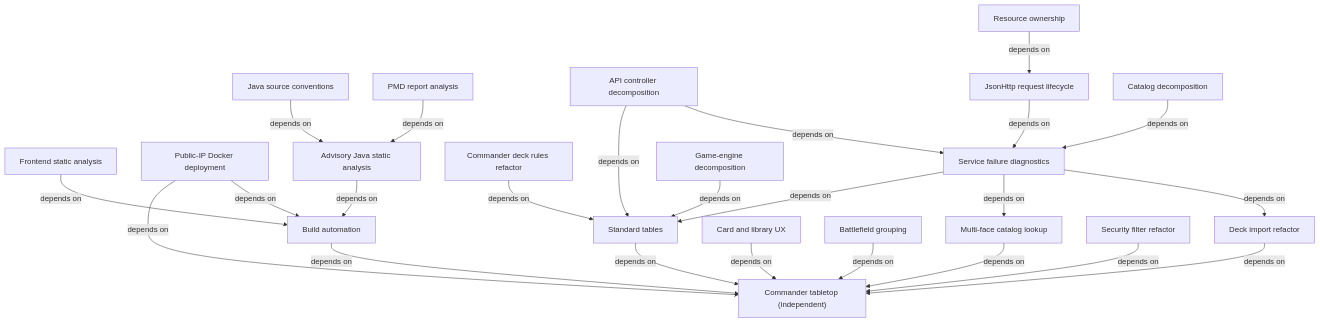
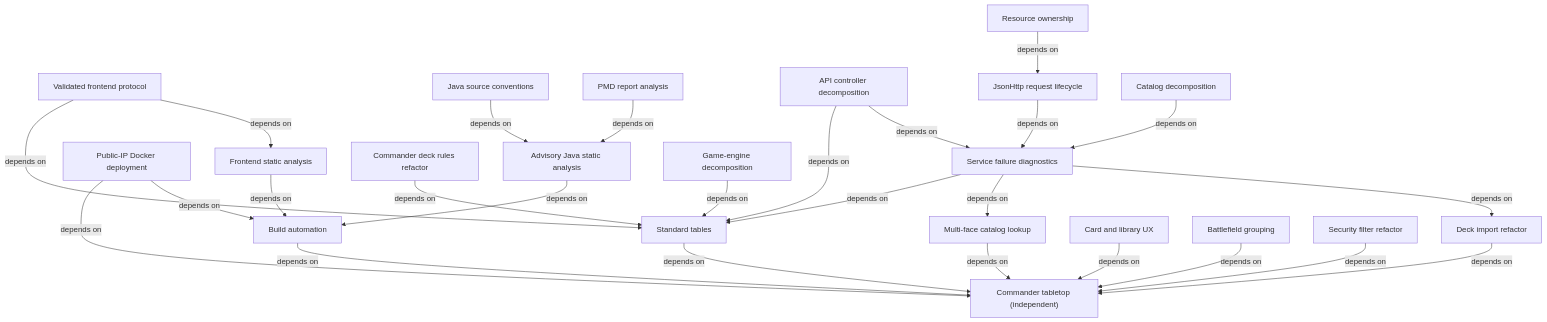
The diagram in spec/INDEX.md (gossagomez-new/mtgcmd), drawn with Mermaid before and after one commit. The commit also changed other lines of this file and 14 other files, not shown here.

````diff
--- a/spec/INDEX.md
+++ b/spec/INDEX.md
@@ -37,46 +41,49 @@
 ```mermaid
 flowchart TD
+    protocolboundary["Validated frontend protocol"]
+    protocolboundary -->|depends on| frontendanalysis
+    protocolboundary -->|depends on| standard
     frontendanalysis["Frontend static analysis"]
     frontendanalysis -->|depends on| build
     deployment["Public-IP Docker deployment"]
     deployment -->|depends on| build
     deployment -->|depends on| tabletop
     tabletop["Commander tabletop (independent)"]
     build["Build automation"]
     analysis["Advisory Java static analysis"]
     analysis -->|depends on| build
     conventions["Java source conventions"]
     conventions -->|depends on| analysis
     pmdreview["PMD report analysis"]
     pmdreview -->|depends on| analysis
     imports["Deck import refactor"]
     imports -->|depends on| tabletop
     catalog["Multi-face catalog lookup"]
     catalog -->|depends on| tabletop
     ux["Card and library UX"]
     ux -->|depends on| tabletop
     grouping["Battlefield grouping"]
     grouping -->|depends on| tabletop
     standard["Standard tables"]
     standard -->|depends on| tabletop
     deckrules["Commander deck rules refactor"]
     deckrules -->|depends on| standard
     diagnostics["Service failure diagnostics"]
     diagnostics -->|depends on| imports
     diagnostics -->|depends on| catalog
     diagnostics -->|depends on| standard
     api["API controller decomposition"]
     api -->|depends on| diagnostics
     api -->|depends on| standard
     transport["JsonHttp request lifecycle"]
     transport -->|depends on| diagnostics
     resources["Resource ownership"]
     resources -->|depends on| transport
     decomposition["Catalog decomposition"]
     decomposition -->|depends on| diagnostics
     engine["Game-engine decomposition"]
     engine -->|depends on| standard
     security["Security filter refactor"]
     security -->|depends on| tabletop
     build -->|depends on| tabletop
 ```
````
